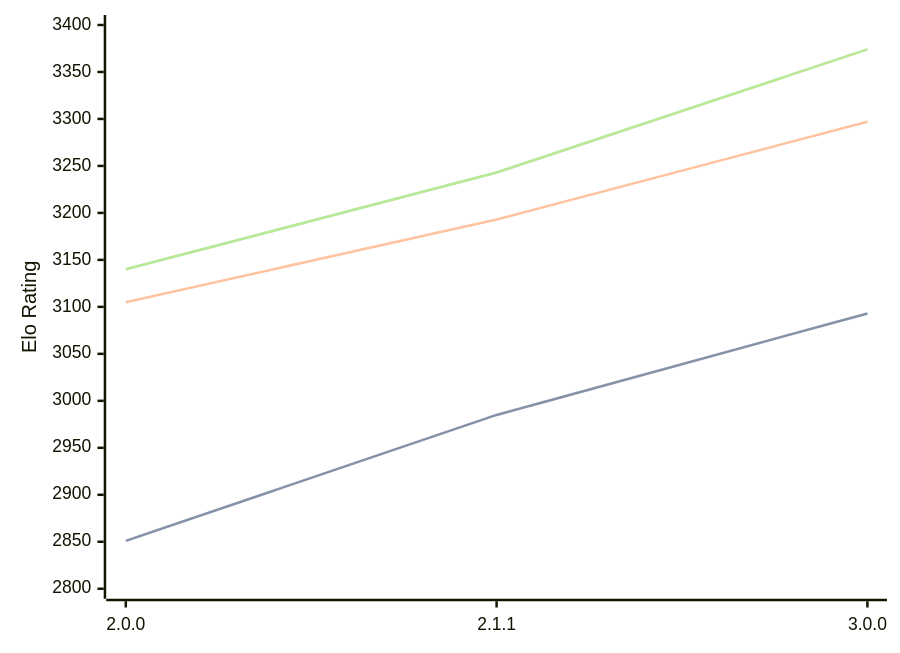
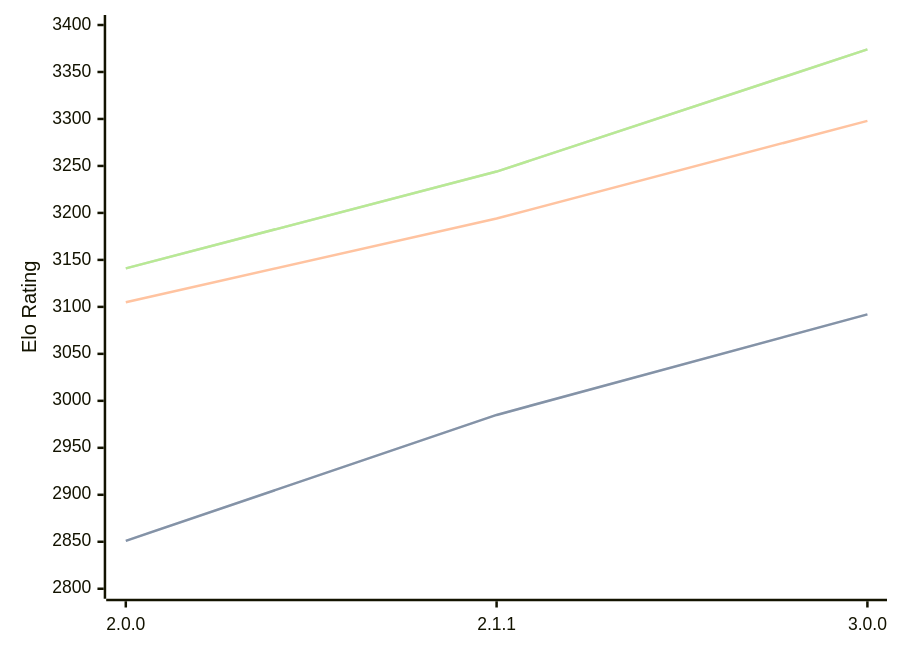
The diagram in engines/Bread.md (computer-chess-index/cci), drawn with Mermaid before and after one commit. The commit also changed other lines of this file, not shown here.

Commit message:
Update CCI Ratings (ELO VLTC) - 2026-07-24

````diff
--- a/engines/Bread.md
+++ b/engines/Bread.md
@@ -53,11 +53,11 @@
 ```mermaid
 %%{init: {"theme":"base","themeVariables":{"seriesColors:['#a3a3a3','#222221','#faa371']}}}%%
 xychart-beta
   x-axis ["2.0.0", "2.1.1", "3.0.0"]
   y-axis "Elo Rating" 2800 --> 3400
-  line "STC (8.0+0.08s)" [2851, 2985, 3093]
-  line "STC (8.0+0.08s)" [2851, 2985, 3093]
-  line "LTC (60.0+0.60s)" [3105, 3193, 3297]
-  line "VLTC (2m24s+1.12s)" [3140, 3243, 3374]
-  line "VLTC (2m24s+1.12s)" [3140, 3243, 3374]
+  line "STC (8.0+0.08s)" [2851, 2985, 3092]
+  line "STC (8.0+0.08s)" [2851, 2985, 3092]
+  line "LTC (60.0+0.60s)" [3105, 3194, 3298]
+  line "VLTC (2m24s+1.12s)" [3141, 3244, 3374]
+  line "VLTC (2m24s+1.12s)" [3141, 3244, 3374]
 ```
````
